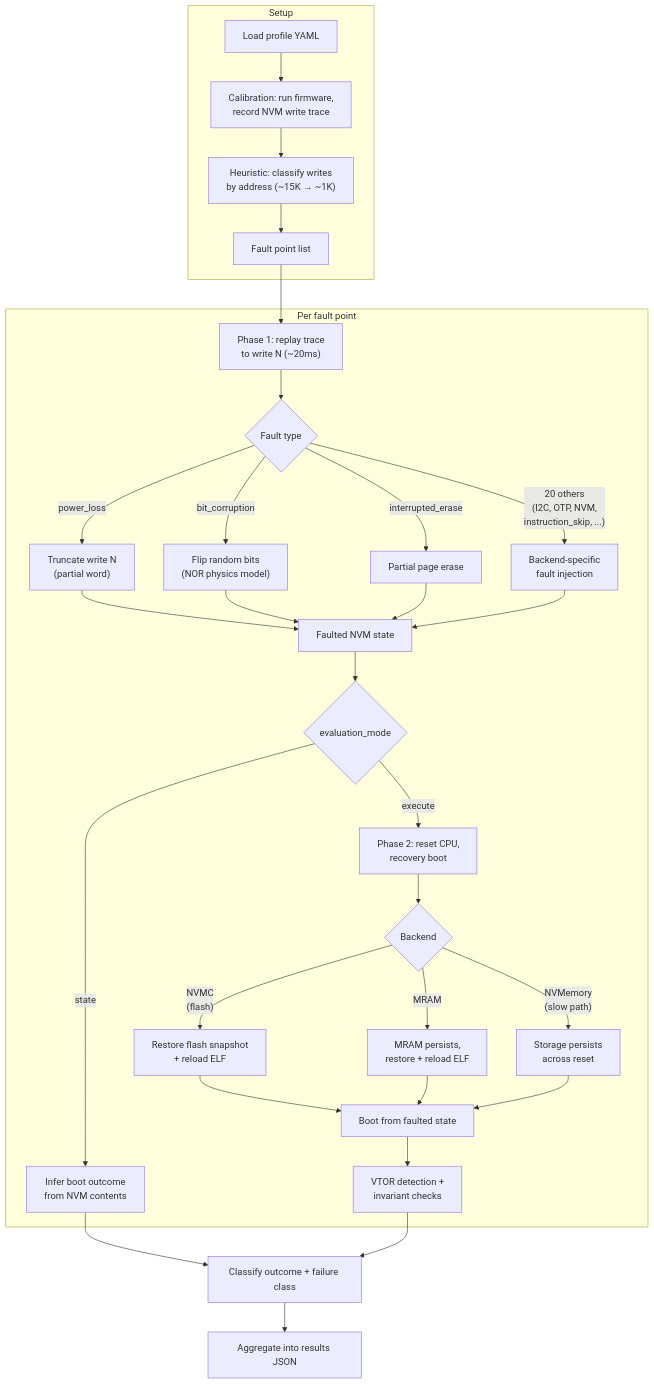
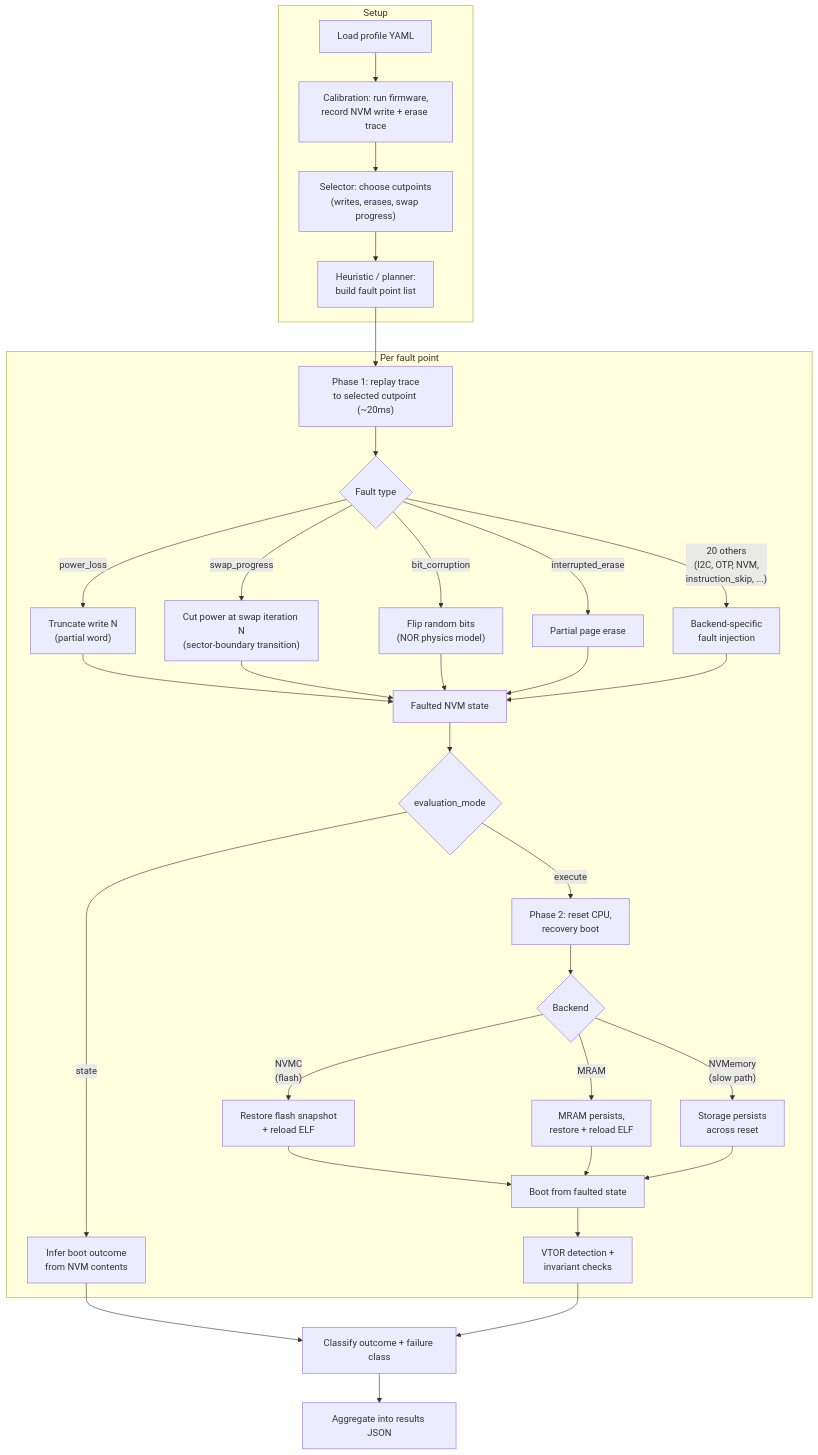
Before and after one commit to neilberkman/tardigrade: the diagram in README.md, drawn with Mermaid. The commit also changed other lines of this file and 1 other file, not shown here.

````diff
--- a/README.md
+++ b/README.md
@@ -118,42 +118,44 @@
 ```mermaid
 flowchart TD
     subgraph setup["Setup"]
-        A["Load profile YAML"] --> B["Calibration: run firmware,<br/>record NVM write trace"]
-        B --> C["Heuristic: classify writes<br/>by address (~15K → ~1K)"]
-        C --> D["Fault point list"]
+        A["Load profile YAML"] --> B["Calibration: run firmware,<br/>record NVM write + erase trace"]
+        B --> C["Selector: choose cutpoints<br/>(writes, erases, swap progress)"]
+        C --> D["Heuristic / planner:<br/>build fault point list"]
     end
 
     D --> E
 
     subgraph pf["Per fault point"]
-        E["Phase 1: replay trace<br/>to write N (~20ms)"] --> F{"Fault type"}
+        E["Phase 1: replay trace<br/>to selected cutpoint (~20ms)"] --> F{"Fault type"}
         F -->|power_loss| G["Truncate write N<br/>(partial word)"]
+        F -->|swap_progress| G2["Cut power at swap iteration N<br/>(sector-boundary transition)"]
         F -->|bit_corruption| H["Flip random bits<br/>(NOR physics model)"]
         F -->|interrupted_erase| I["Partial page erase"]
         F -->|"20 others<br/>(I2C, OTP, NVM,<br/>instruction_skip, ...)"| J["Backend-specific<br/>fault injection"]
 
         G --> K["Faulted NVM state"]
+        G2 --> K
         H --> K
         I --> K
         J --> K
 
         K --> L{"evaluation_mode"}
 
         L -->|state| M["Infer boot outcome<br/>from NVM contents"]
         L -->|execute| N["Phase 2: reset CPU,<br/>recovery boot"]
 
         N --> O{"Backend"}
         O -->|"NVMC<br/>(flash)"| P["Restore flash snapshot<br/>+ reload ELF"]
         O -->|"MRAM"| Q["MRAM persists,<br/>restore + reload ELF"]
         O -->|"NVMemory<br/>(slow path)"| R["Storage persists<br/>across reset"]
 
         P --> S["Boot from faulted state"]
         Q --> S
         R --> S
         S --> T["VTOR detection +<br/>invariant checks"]
     end
 
     M --> U
     T --> U
     U["Classify outcome + failure class"] --> V["Aggregate into results JSON"]
 ```
````
